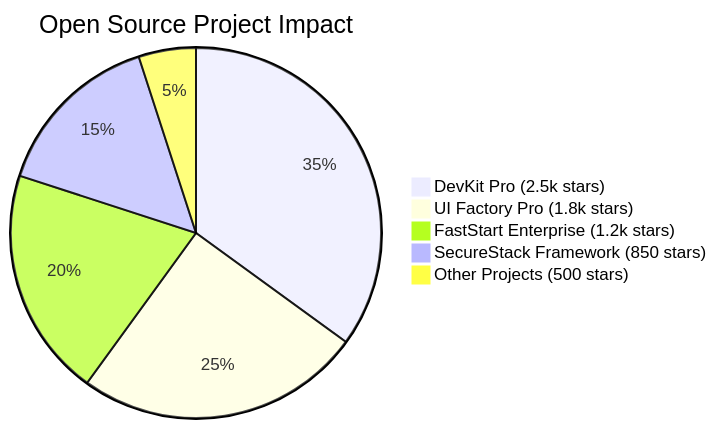
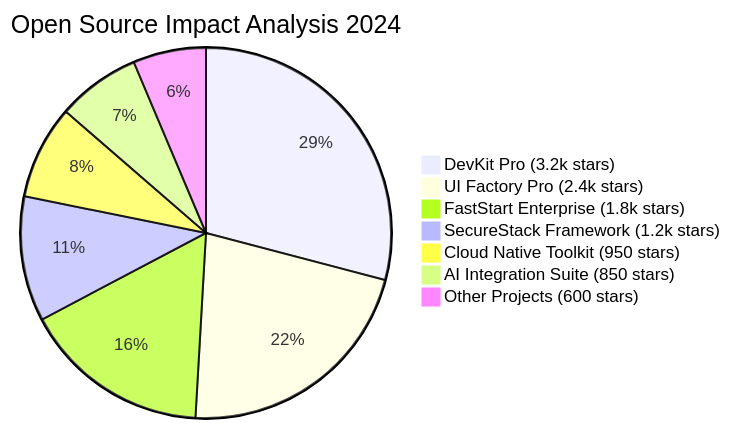
One commit to mentech93/mentech93 changed diagram 12 of 19 in README.md. Above: the diagram before and after it, drawn with Mermaid. The commit also changed other lines of this file, not shown here.

````diff
--- a/README.md
+++ b/README.md
@@ -515,8 +695,10 @@
 ```mermaid
-pie title Open Source Project Impact
-    "DevKit Pro (2.5k stars)" : 35
-    "UI Factory Pro (1.8k stars)" : 25
-    "FastStart Enterprise (1.2k stars)" : 20
-    "SecureStack Framework (850 stars)" : 15
-    "Other Projects (500 stars)" : 5
+pie title Open Source Impact Analysis 2024
+    "DevKit Pro (3.2k stars)" : 32
+    "UI Factory Pro (2.4k stars)" : 24
+    "FastStart Enterprise (1.8k stars)" : 18
+    "SecureStack Framework (1.2k stars)" : 12
+    "Cloud Native Toolkit (950 stars)" : 9
+    "AI Integration Suite (850 stars)" : 8
+    "Other Projects (600 stars)" : 7
 ```
````
